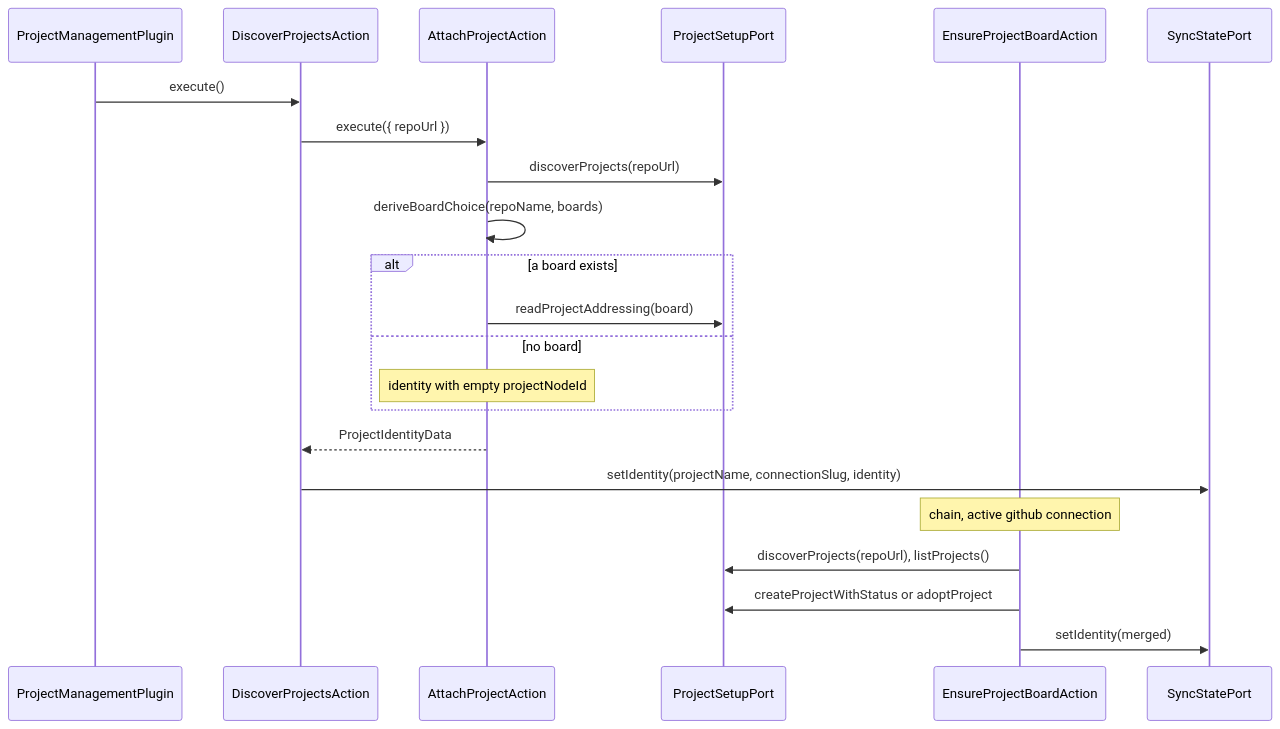
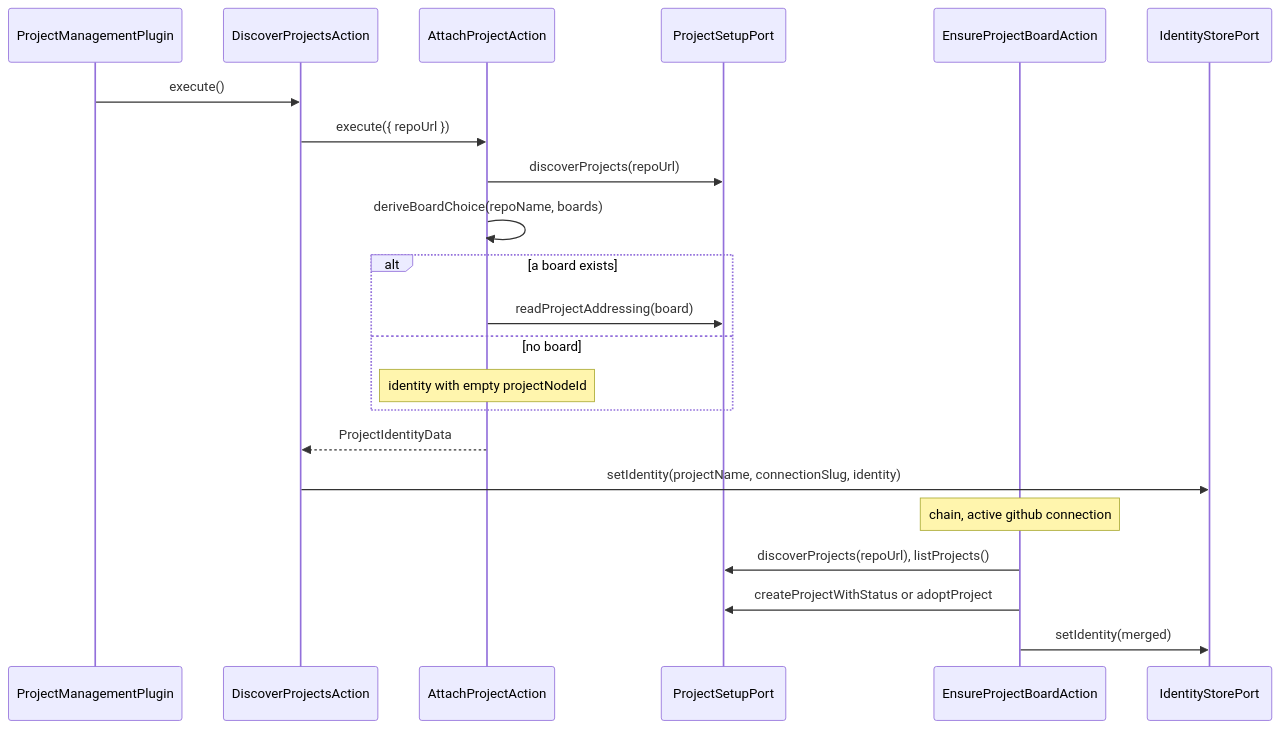
One commit to 99linesofcode/obsidian-project-management changed diagram 18 of 18 in docs/developer-manual.md. Above: the diagram before and after it, drawn with Mermaid. The commit also changed other lines of this file and 35 other files, not shown here.

````diff
--- a/docs/developer-manual.md
+++ b/docs/developer-manual.md
@@ -827,25 +832,25 @@
 ```mermaid
 sequenceDiagram
   participant P as ProjectManagementPlugin
   participant D as DiscoverProjectsAction
   participant A as AttachProjectAction
   participant Setup as ProjectSetupPort
   participant Ens as EnsureProjectBoardAction
-  participant SS as SyncStatePort
+  participant SS as IdentityStorePort
 
   P->>D: execute()
   D->>A: execute({ repoUrl })
   A->>Setup: discoverProjects(repoUrl)
   A->>A: deriveBoardChoice(repoName, boards)
   alt a board exists
     A->>Setup: readProjectAddressing(board)
   else no board
     Note over A: identity with empty projectNodeId
   end
   A-->>D: ProjectIdentityData
   D->>SS: setIdentity(projectName, connectionSlug, identity)
   Note over Ens: chain, active github connection
   Ens->>Setup: discoverProjects(repoUrl), listProjects()
   Ens->>Setup: createProjectWithStatus or adoptProject
   Ens->>SS: setIdentity(merged)
 ```
````
